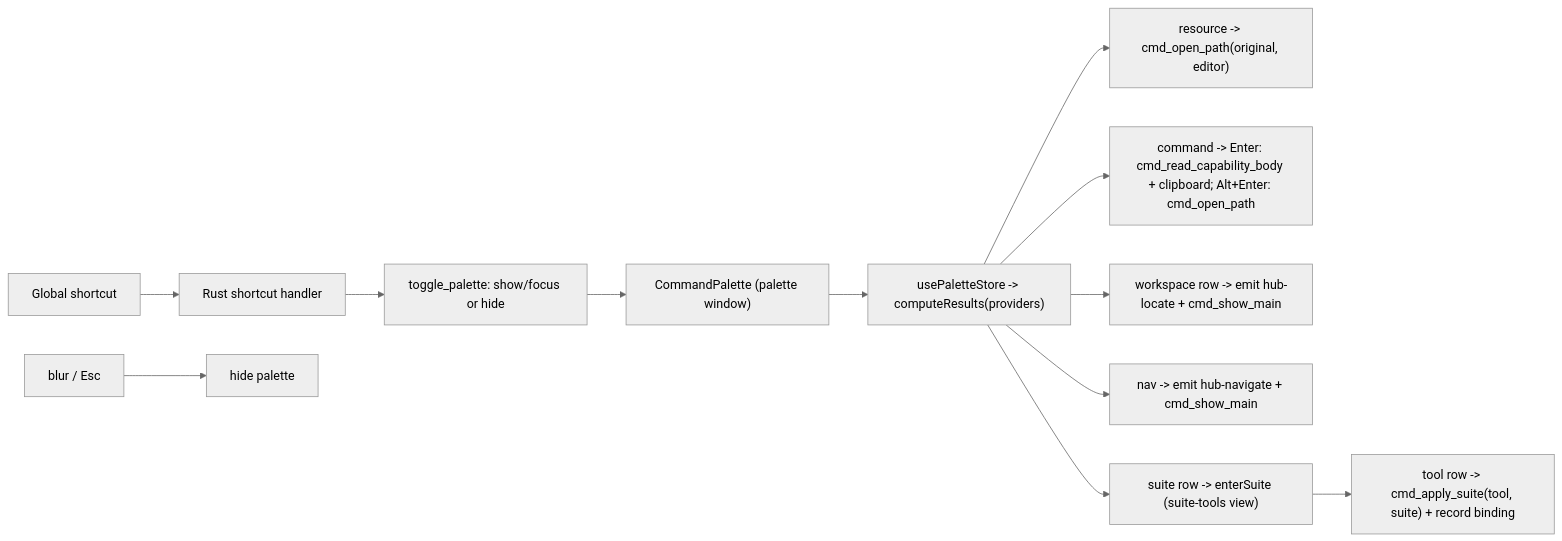
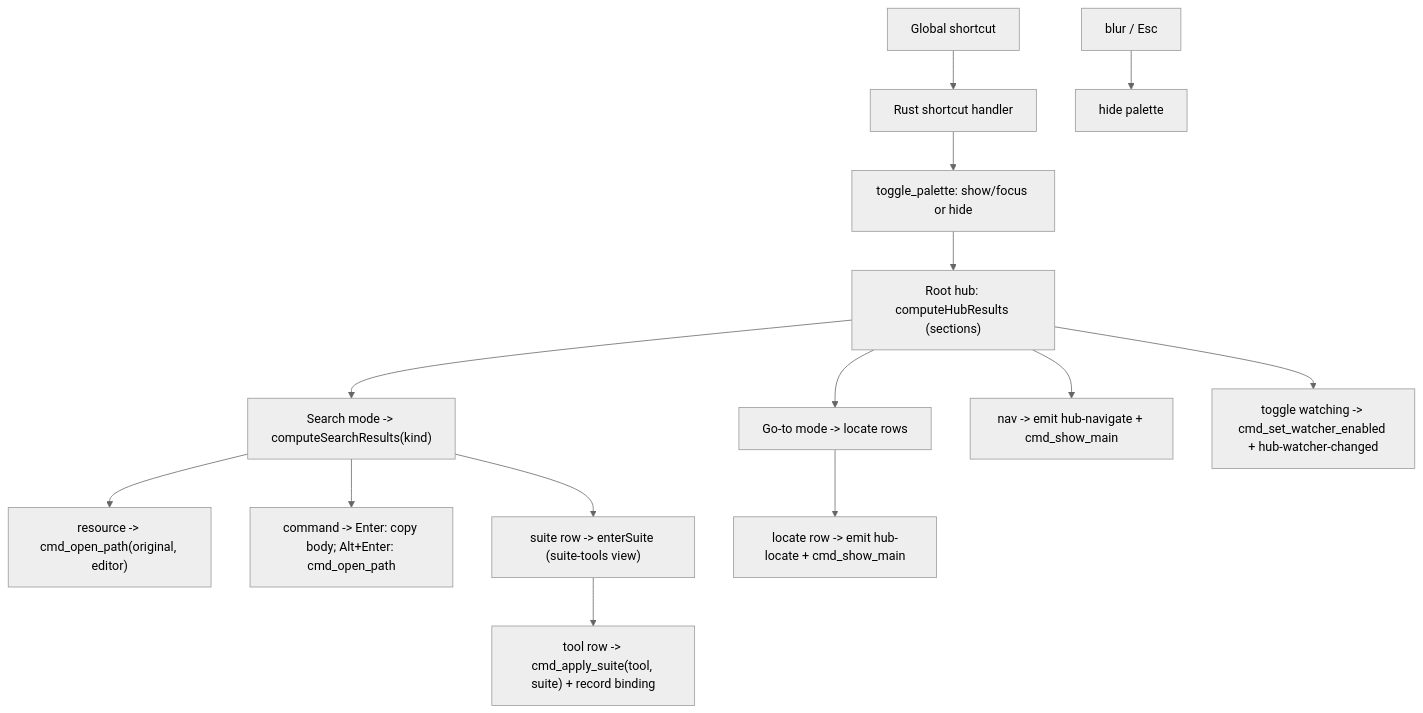
Before and after one commit to elaboration-studio/agentic-hub: the diagram in docs/features/command-palette.md, drawn with Mermaid (neutral theme). The commit also changed other lines of this file and 9 other files, not shown here.

First line of the commit message:
docs: document the layered palette hub and cut v0.8.0 notes

````diff
--- a/docs/features/command-palette.md
+++ b/docs/features/command-palette.md
@@ -64,14 +88,16 @@
 ```mermaid
-flowchart LR
+flowchart TD
   shortcut["Global shortcut"] --> handler["Rust shortcut handler"]
   handler --> toggle["toggle_palette: show/focus or hide"]
-  toggle --> ui["CommandPalette (palette window)"]
-  ui --> store["usePaletteStore -> computeResults(providers)"]
-  store --> resource["resource -> cmd_open_path(original, editor)"]
-  store --> command["command -> Enter: cmd_read_capability_body + clipboard; Alt+Enter: cmd_open_path"]
-  store --> workspace["workspace row -> emit hub-locate + cmd_show_main"]
-  store --> nav["nav -> emit hub-navigate + cmd_show_main"]
-  store --> suite["suite row -> enterSuite (suite-tools view)"]
+  toggle --> hub["Root hub: computeHubResults (sections)"]
+  hub --> searchMode["Search mode -> computeSearchResults(kind)"]
+  hub --> gotoMode["Go-to mode -> locate rows"]
+  hub --> nav["nav -> emit hub-navigate + cmd_show_main"]
+  hub --> watch["toggle watching -> cmd_set_watcher_enabled + hub-watcher-changed"]
+  searchMode --> resource["resource -> cmd_open_path(original, editor)"]
+  searchMode --> command["command -> Enter: copy body; Alt+Enter: cmd_open_path"]
+  searchMode --> suite["suite row -> enterSuite (suite-tools view)"]
+  gotoMode --> locateRow["locate row -> emit hub-locate + cmd_show_main"]
   suite --> applyRow["tool row -> cmd_apply_suite(tool, suite) + record binding"]
   blur["blur / Esc"] --> hide["hide palette"]
 ```
````
